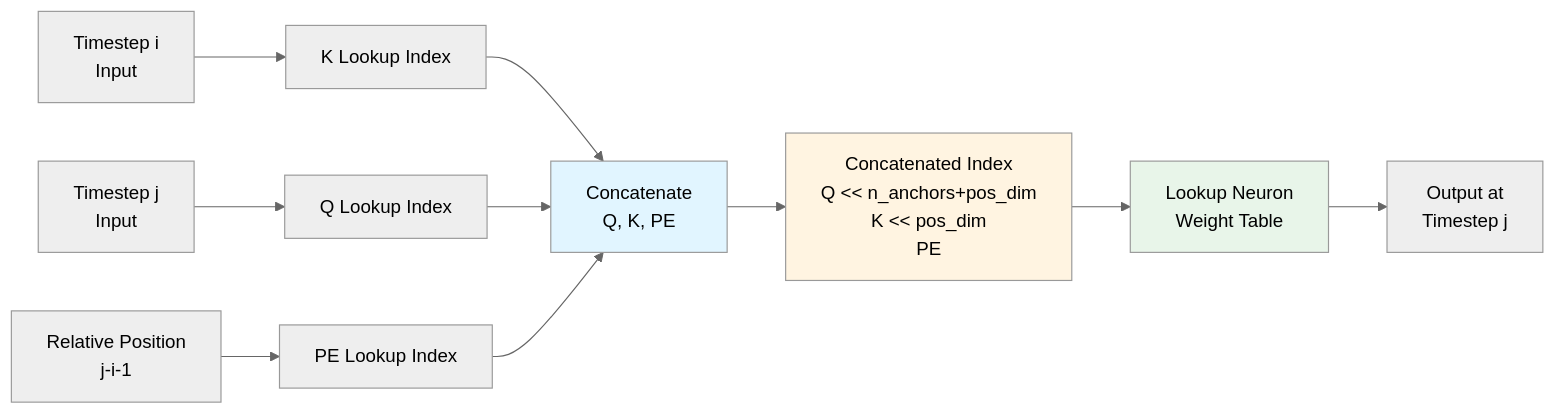
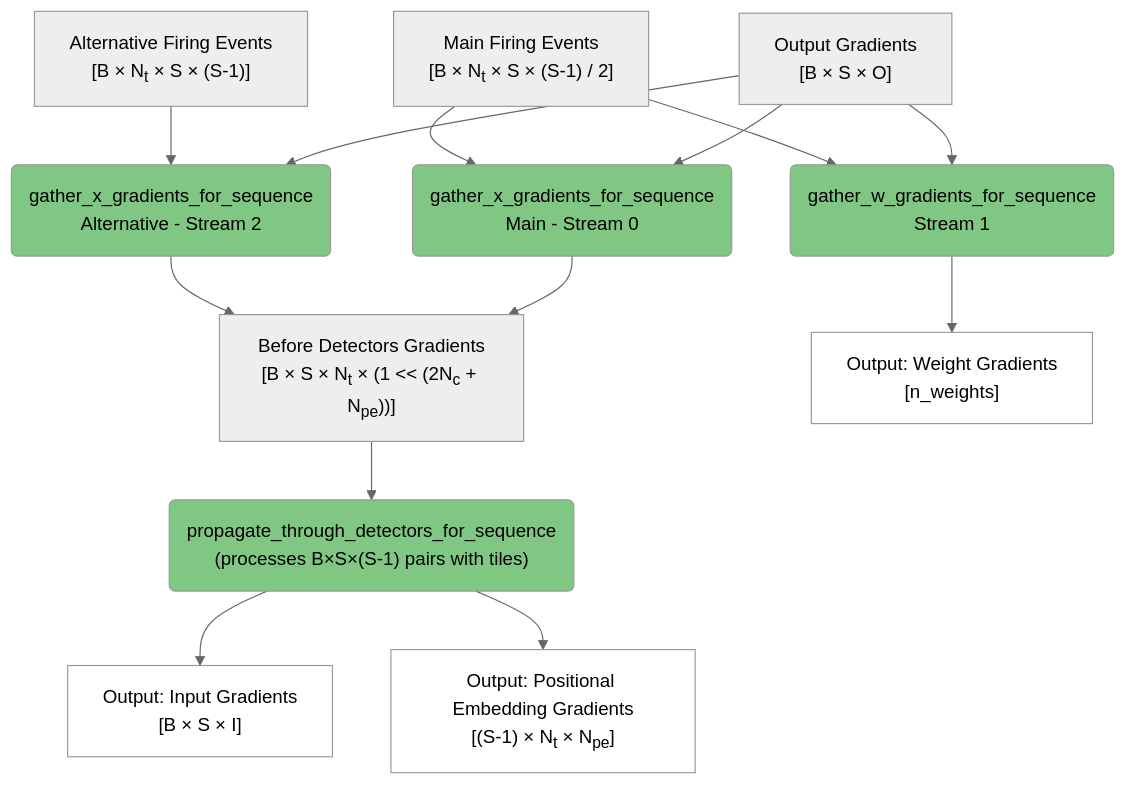
The sixth of 6 diagrams in spiky_cuda/lut/doc/LUT_RUNTIME_DATA_FLOW.md (anatoli-starostin/spiky), drawn with Mermaid (neutral theme) before and after one commit. The commit also changed other lines of this file and 1 other file, not shown here.

````diff
--- a/spiky_cuda/lut/doc/LUT_RUNTIME_DATA_FLOW.md
+++ b/spiky_cuda/lut/doc/LUT_RUNTIME_DATA_FLOW.md
@@ -171,19 +151,28 @@
 ```mermaid
-flowchart LR
-    A["Timestep i<br/>Input"] --> B[K Lookup Index]
-    C["Timestep j<br/>Input"] --> D[Q Lookup Index]
-    E["Relative Position<br/>j-i-1"] --> F[PE Lookup Index]
+flowchart TD
+    A["Output Gradients<br/>[B × S × O]"] --> B("gather_x_gradients_for_sequence<br/>Main - Stream 0")
+    A --> C("gather_w_gradients_for_sequence<br/>Stream 1")
+    A --> D("gather_x_gradients_for_sequence<br/>Alternative - Stream 2")
     
-    B --> G[Concatenate<br/>Q, K, PE]
+    E["Main Firing Events<br/>[B × N<sub>t</sub> × S × (S-1) / 2]"] --> B
+    E --> C
+    F["Alternative Firing Events<br/>[B × N<sub>t</sub> × S × (S-1)]"] --> D
+    
+    B --> G["Before Detectors Gradients<br/>[B × S × N<sub>t</sub> × (1 << (2N<sub>c</sub> + N<sub>pe</sub>))]"]
     D --> G
-    F --> G
     
-    G --> H["Concatenated Index<br/>Q << n_anchors+pos_dim<br/>K << pos_dim<br/>PE"]
+    G --> I("propagate_through_detectors_for_sequence<br/>(processes B×S×(S-1) pairs with tiles)")
     
-    H --> I["Lookup Neuron<br/>Weight Table"]
-    I --> J["Output at<br/>Timestep j"]
+    I --> J["Output: Input Gradients<br/>[B × S × I]"]
+    I --> K["Output: Positional Embedding Gradients<br/>[(S-1) × N<sub>t</sub> × N<sub>pe</sub>]"]
     
-    style G fill:#e1f5ff
-    style H fill:#fff4e1
-    style I fill:#e8f5e9
+    C --> H["Output: Weight Gradients<br/>[n_weights]"]
+    
+    style B fill:#81c784,color:#000000
+    style C fill:#81c784,color:#000000
+    style D fill:#81c784,color:#000000
+    style I fill:#81c784,color:#000000
+    style H fill:#ffffff,color:#000000
+    style J fill:#ffffff,color:#000000
+    style K fill:#ffffff,color:#000000
 ```
````
